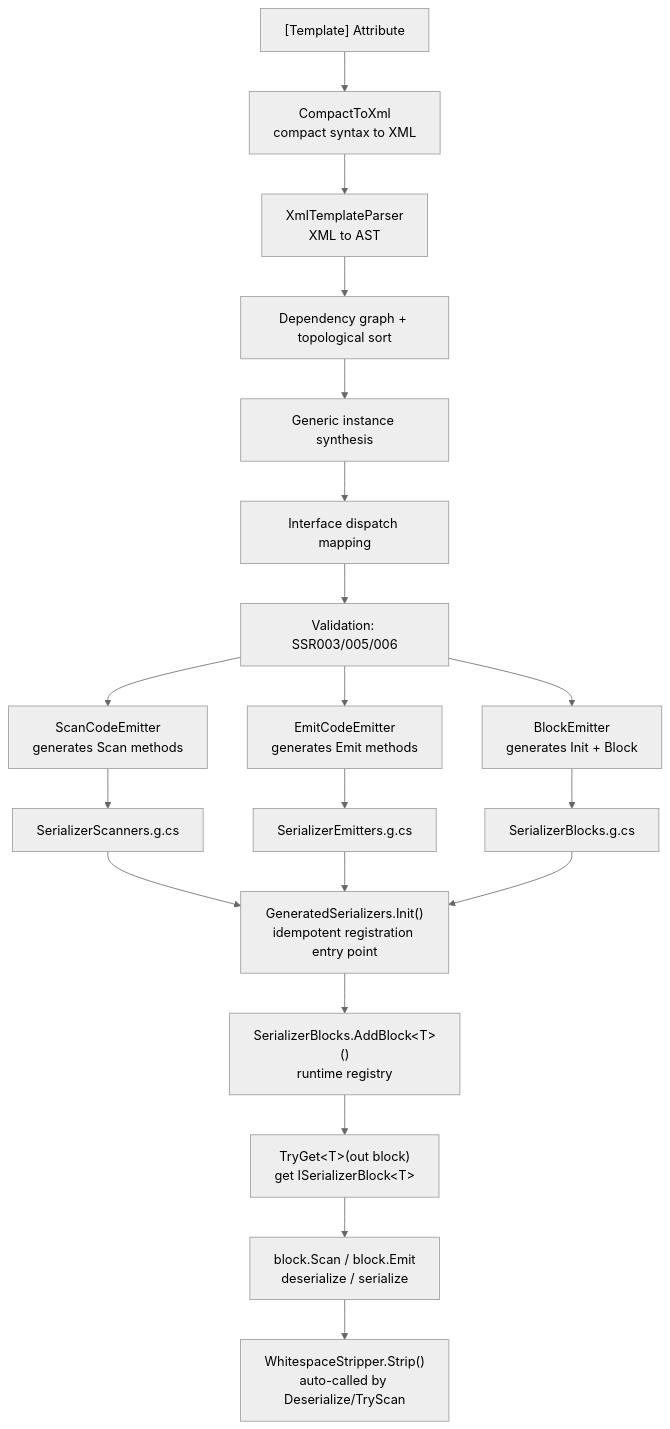
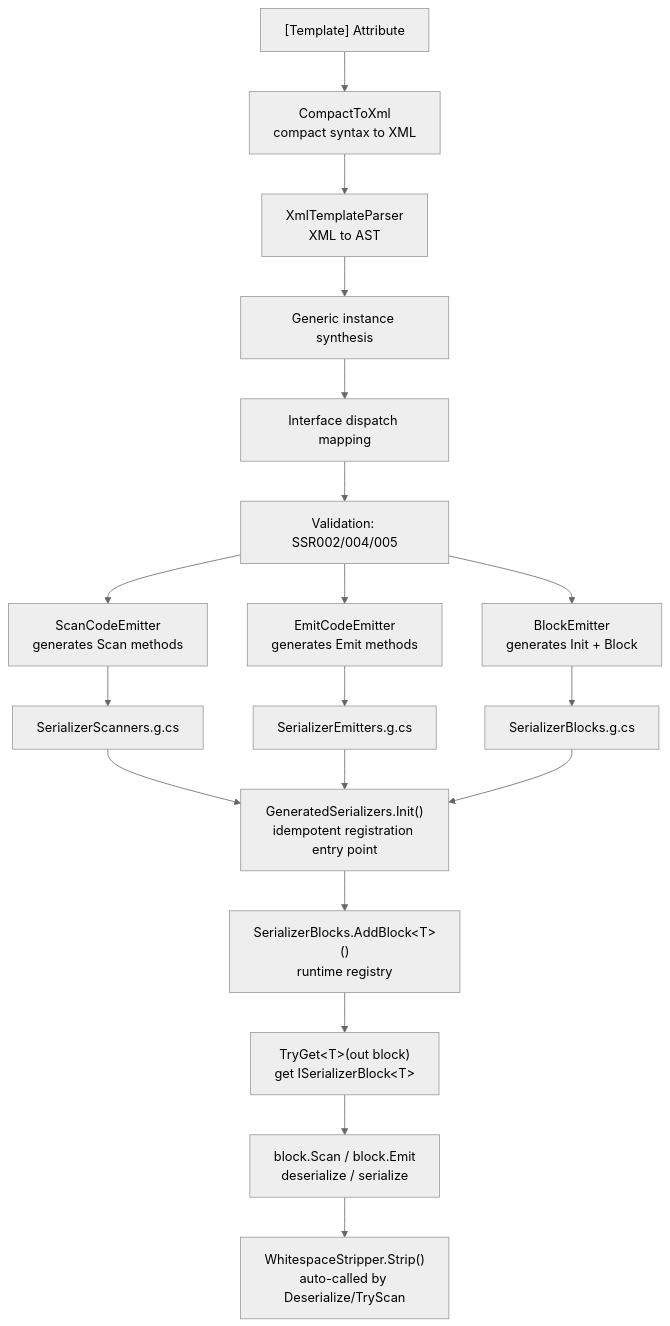
Before and after one commit to twds0x13/SourceSerializer: the first of 2 diagrams in docs/en/guide/core-concepts.md, drawn with Mermaid (neutral theme). The commit also changed other lines of this file and 28 other files, not shown here.

````diff
--- a/docs/en/guide/core-concepts.md
+++ b/docs/en/guide/core-concepts.md
@@ -9,22 +9,21 @@
 ```mermaid
 flowchart TD
     A["[Template] Attribute"] --> B["CompactToXml<br/>compact syntax to XML"]
     B --> C["XmlTemplateParser<br/>XML to AST"]
-    C --> D["Dependency graph + topological sort"]
-    D --> E["Generic instance synthesis"]
+    C --> E["Generic instance synthesis"]
     E --> F["Interface dispatch mapping"]
-    F --> G["Validation: SSR003/005/006"]
+    F --> G["Validation: SSR002/004/005"]
     G --> H["ScanCodeEmitter<br/>generates Scan methods"]
     G --> I["EmitCodeEmitter<br/>generates Emit methods"]
     G --> J["BlockEmitter<br/>generates Init + Block"]
     H --> K["SerializerScanners.g.cs"]
     I --> L["SerializerEmitters.g.cs"]
     J --> M["SerializerBlocks.g.cs"]
     K --> N["GeneratedSerializers.Init()<br/>idempotent registration entry point"]
     L --> N
     M --> N
     N --> O["SerializerBlocks.AddBlock&lt;T&gt;()<br/>runtime registry"]
     O --> P["TryGet&lt;T&gt;(out block)<br/>get ISerializerBlock&lt;T&gt;"]
     P --> Q["block.Scan / block.Emit<br/>deserialize / serialize"]
     Q --> R["WhitespaceStripper.Strip()<br/>auto-called by Deserialize/TryScan"]
 ```
````
